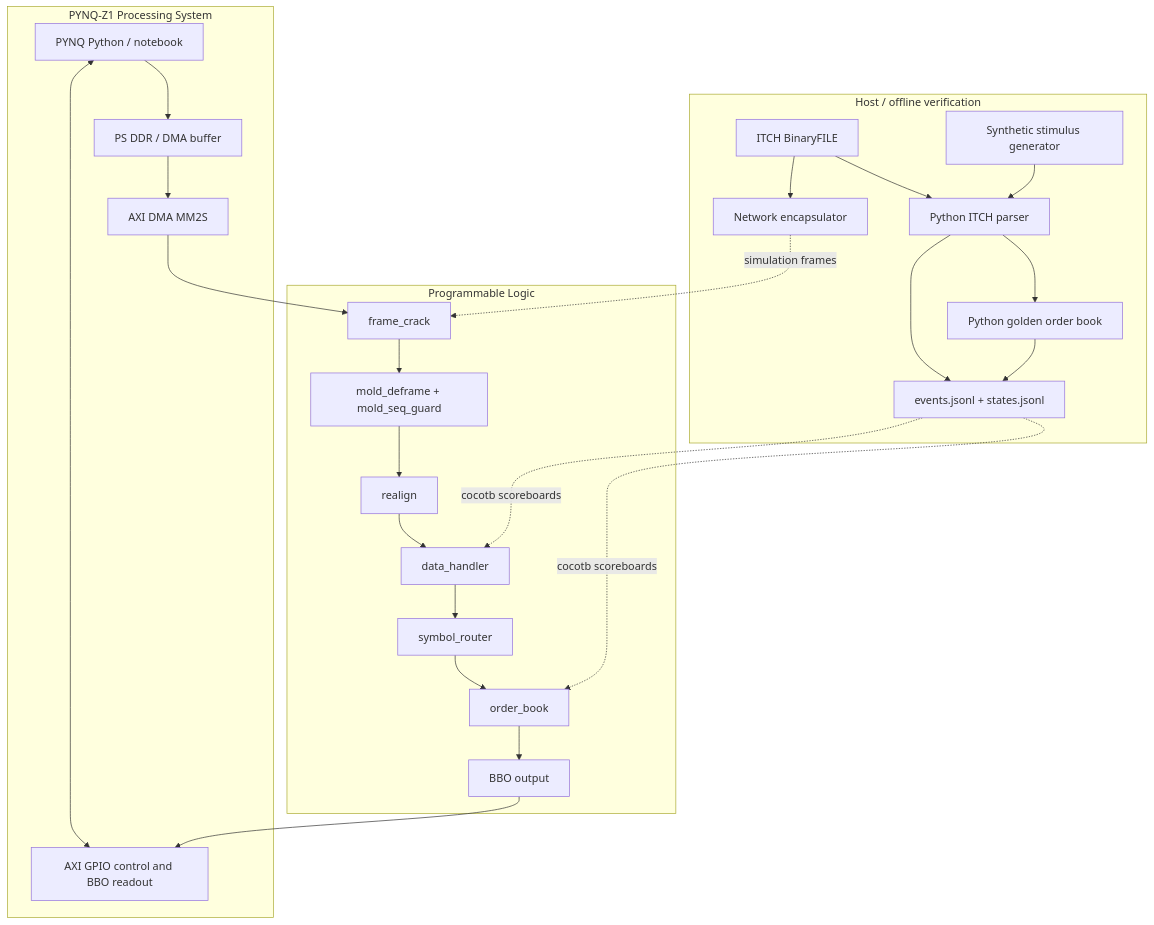
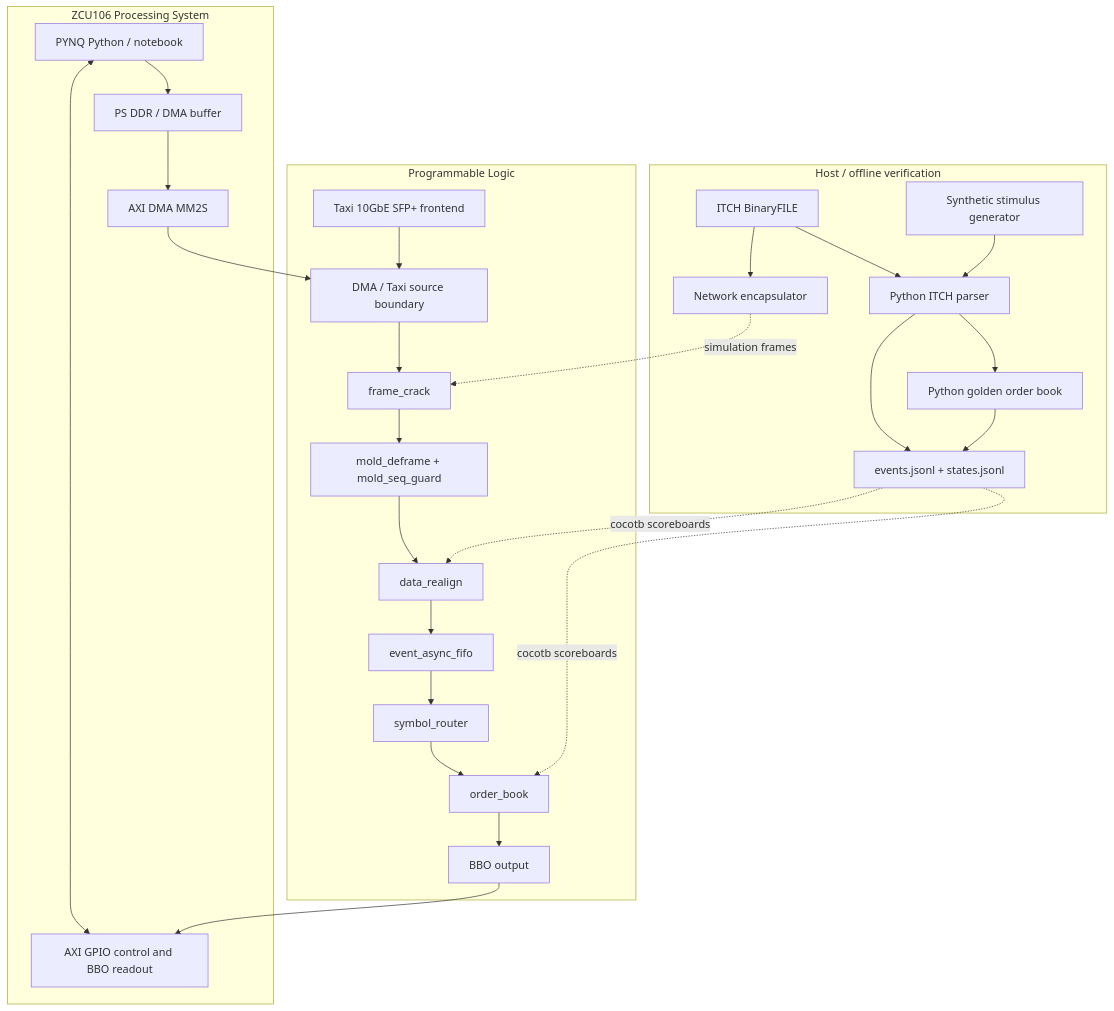
One commit to an-thony350/ITCH-Feed-Handler-and-Order-Book changed the first of 4 diagrams in README.md. Above: the diagram before and after it, drawn with Mermaid. The commit also changed other lines of this file, not shown here.

````diff
--- a/README.md
+++ b/README.md
@@ -55,46 +59,49 @@
 ```mermaid
 flowchart TB
     subgraph HOST[Host / offline verification]
         BIN[ITCH BinaryFILE]
         STIM[Synthetic stimulus generator]
         GP[Python ITCH parser]
         GB[Python golden order book]
         ENC[Network encapsulator]
         ORA[events.jsonl + states.jsonl]
 
         BIN --> GP
         STIM --> GP
         GP --> GB
         GP --> ORA
         GB --> ORA
         BIN --> ENC
     end
 
-    subgraph PS[PYNQ-Z1 Processing System]
+    subgraph PS[ZCU106 Processing System]
         PY[PYNQ Python / notebook]
         DDR[PS DDR / DMA buffer]
         DMA[AXI DMA MM2S]
         GPIO[AXI GPIO control and BBO readout]
 
         PY --> DDR --> DMA
         PY <--> GPIO
     end
 
     subgraph PL[Programmable Logic]
+        TAXI[Taxi 10GbE SFP+ frontend]
+        SRC[DMA / Taxi source boundary]
         FC[frame_crack]
         MD[mold_deframe + mold_seq_guard]
-        RA[realign]
-        DH[data_handler]
+        DR[data_realign]
+        CDC[event_async_fifo]
         SR[symbol_router]
         OB[order_book]
         BBO[BBO output]
 
-        FC --> MD --> RA --> DH --> SR --> OB --> BBO
+        TAXI --> SRC
+        SRC --> FC --> MD --> DR --> CDC --> SR --> OB --> BBO
     end
 
     ENC -. simulation frames .-> FC
-    DMA --> FC
+    DMA --> SRC
     BBO --> GPIO
-    ORA -. cocotb scoreboards .-> DH
+    ORA -. cocotb scoreboards .-> DR
     ORA -. cocotb scoreboards .-> OB
 ```
````
